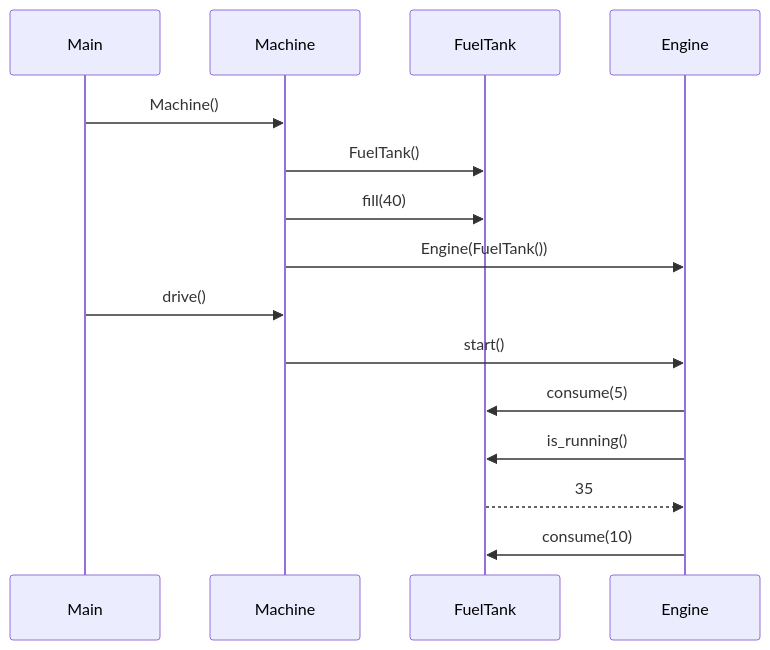
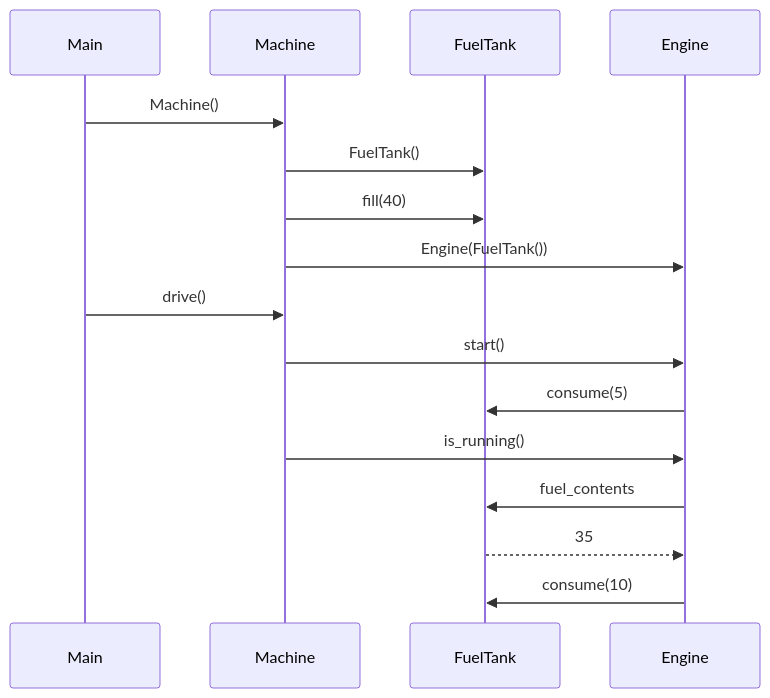
One commit to phuvio/ot-harjoitustyo changed the diagram in laskarit/viikko3/sekvenssikaavio.md. Above: the diagram before and after it, drawn with Mermaid.

````diff
--- a/laskarit/viikko3/sekvenssikaavio.md
+++ b/laskarit/viikko3/sekvenssikaavio.md
@@ -3,17 +3,18 @@
 ```mermaid
  sequenceDiagram
    participant P as Main
    participant M as Machine
    participant F as FuelTank
    participant E as Engine
    P->>M: Machine()
    M->>F: FuelTank()
    M->>F: fill(40)
    M->>E: Engine(FuelTank())
    P->>M: drive()
    M->>E: start()
    E->>F: consume(5)
-   E->>F: is_running()
+   M->>E: is_running()
+   E->>F:fuel_contents
    F-->>E: 35
    E->>F: consume(10)
 ```
````
